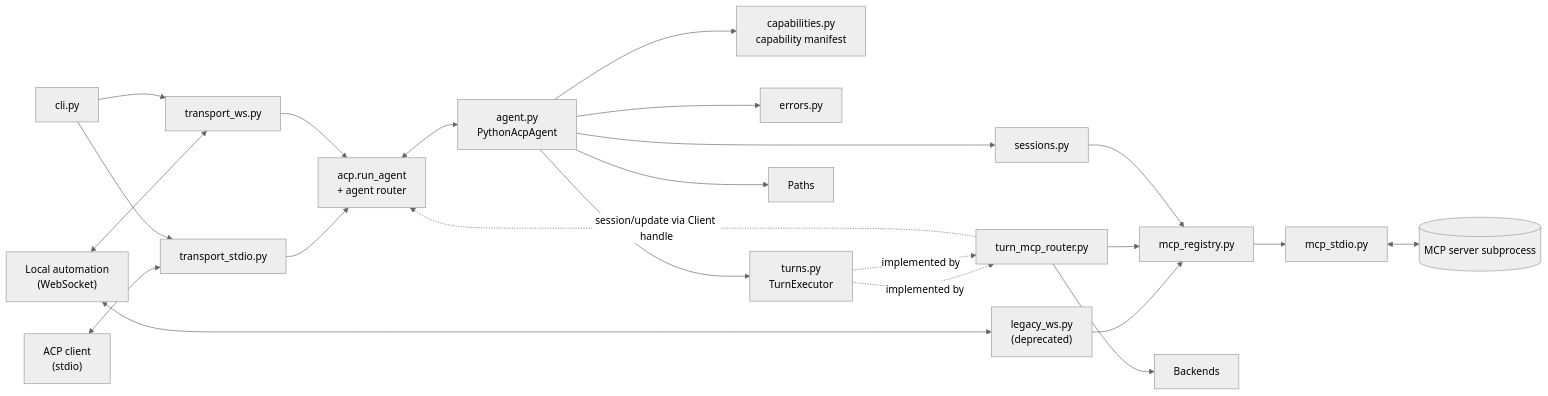
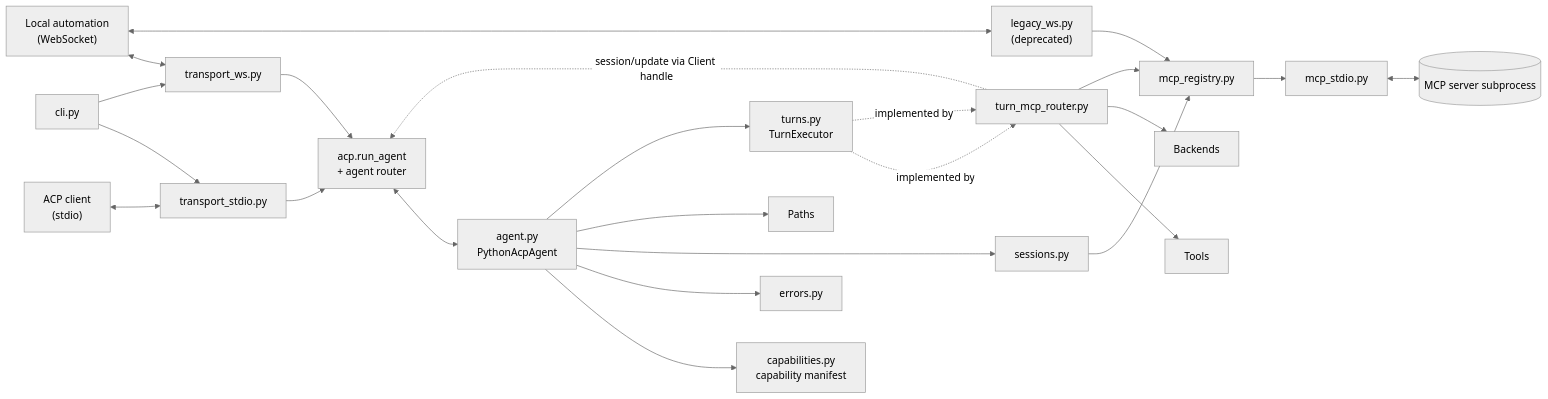
Before and after one commit to Digital-Dimentia/python-acp: the third of 8 diagrams in ARCHITECTURE.md, drawn with Mermaid (neutral theme). The commit also changed other lines of this file and 16 other files, not shown here.

````diff
--- a/ARCHITECTURE.md
+++ b/ARCHITECTURE.md
@@ -146,43 +149,44 @@
 ```mermaid
 flowchart LR
     Editor["ACP client<br/>(stdio)"]
     WsClient["Local automation<br/>(WebSocket)"]
     CLI["cli.py"]
     TStdio["transport_stdio.py"]
     TWs["transport_ws.py"]
     Legacy["legacy_ws.py<br/>(deprecated)"]
     SDK["acp.run_agent<br/>+ agent router"]
     Agent["agent.py<br/>PythonAcpAgent"]
     Caps["capabilities.py<br/>capability manifest"]
     Errors["errors.py"]
     Sessions["sessions.py"]
     Turns["turns.py<br/>TurnExecutor"]
     Router["turn_mcp_router.py<br/>McpToolRouterExecutor"]
     Router["turn_mcp_router.py"]
     Registry["mcp_registry.py"]
     MCPClient["mcp_stdio.py"]
     MCPProc[("MCP server subprocess")]
 
     Editor <--> TStdio
     WsClient <--> TWs
     WsClient <--> Legacy
     CLI --> TStdio
     CLI --> TWs
     TStdio --> SDK
     TWs --> SDK
     SDK <--> Agent
     Agent --> Caps
     Agent --> Errors
     Agent --> Sessions
     Agent --> Paths
     Agent --> Turns
     Turns -.implemented by.-> Router
+    Router --> Tools
     Router --> Backends
     Turns -.implemented by.-> Router
     Legacy --> Registry
     Router --> Registry
     Sessions --> Registry
     Registry --> MCPClient
     MCPClient <--> MCPProc
     Router -. "session/update via Client handle" .-> SDK
 ```
````
